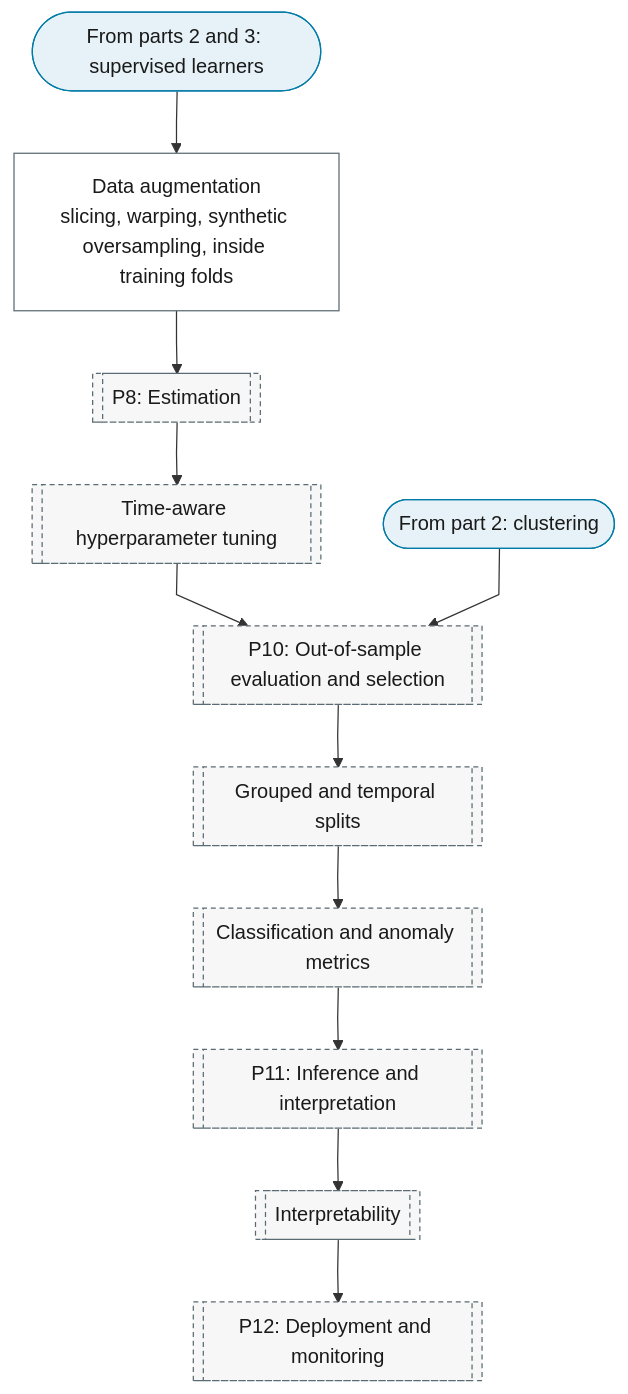
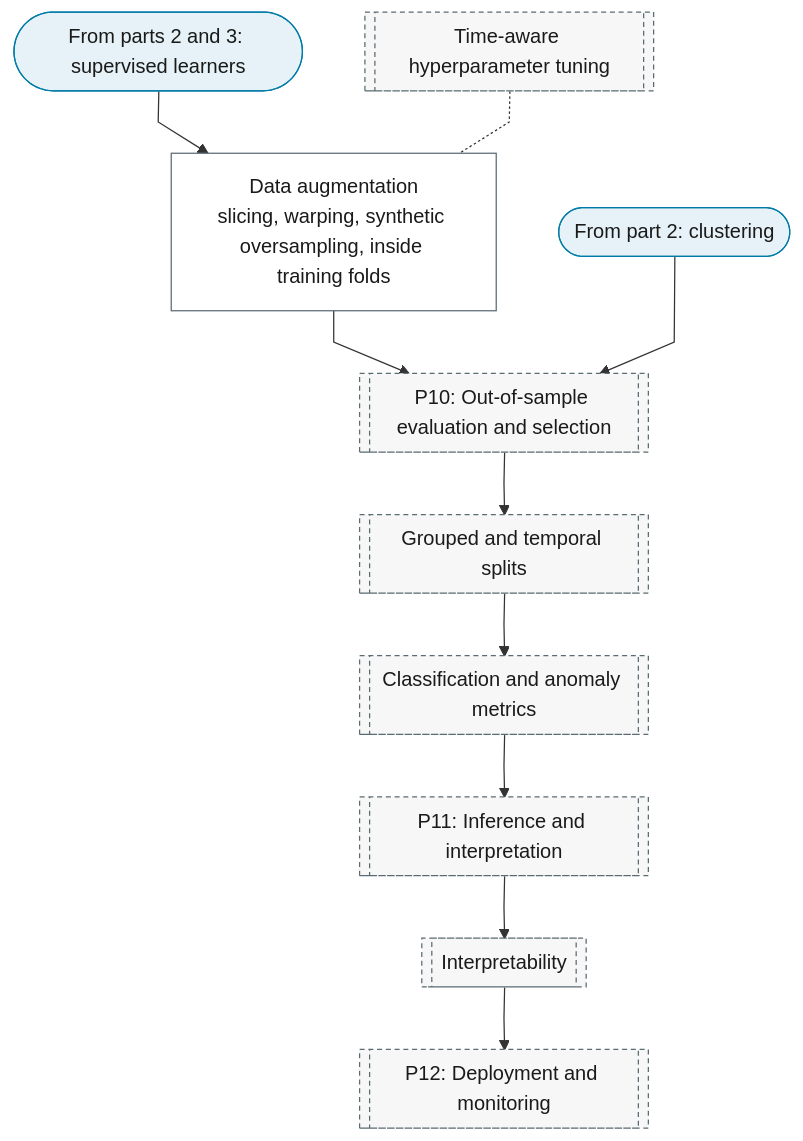
The fourth of 4 diagrams in docs/01-workflow/p00-purpose/07-feature-extraction-classification.md (Shuxin-Y/time-series-analysis-manual), drawn with Mermaid before and after one commit. The commit also changed 6 other files, not shown here.

First line of the commit message:
feat(master): why-this-order table; purpose charts keep the spine order

````diff
--- a/docs/01-workflow/p00-purpose/07-feature-extraction-classification.md
+++ b/docs/01-workflow/p00-purpose/07-feature-extraction-classification.md
@@ -94,25 +94,24 @@
 ```mermaid
 %%{init: {"flowchart": {"curve": "linear"}}}%%
 graph TD
     P0_FE_PART_4_IN(["From parts 2 and 3: supervised learners"]) --> P0_FE_AUGMENTATION["Data augmentation<br/>slicing, warping, synthetic oversampling, inside training folds"]
-    P0_FE_AUGMENTATION --> P8[["P8: Estimation"]]
-    P8 --> P8_HYPERPARAMETERS[["Time-aware hyperparameter tuning"]]
-    P8_HYPERPARAMETERS --> P10[["P10: Out-of-sample evaluation and selection"]]
+    P0_FE_AUGMENTATION --> P10[["P10: Out-of-sample evaluation and selection"]]
+    P8_HYPERPARAMETERS[["Time-aware hyperparameter tuning"]] -.- P0_FE_AUGMENTATION
     P0_FE_CLUSTER_IN(["From part 2: clustering"]) --> P10
     P10 --> P10_GROUPED_SPLITS[["Grouped and temporal splits"]]
     P10_GROUPED_SPLITS --> P10_CLASSIFICATION_METRICS[["Classification and anomaly metrics"]]
     P10_CLASSIFICATION_METRICS --> P11[["P11: Inference and interpretation"]]
     P11 --> P11_INTERPRETABILITY[["Interpretability"]]
     P11_INTERPRETABILITY --> P12[["P12: Deployment and monitoring"]]
     class P0_FE_PART_4_IN,P0_FE_CLUSTER_IN terminator
     class P0_FE_AUGMENTATION process
-    class P8,P8_HYPERPARAMETERS,P10,P10_GROUPED_SPLITS,P10_CLASSIFICATION_METRICS,P11,P11_INTERPRETABILITY,P12 ref
+    class P8_HYPERPARAMETERS,P10,P10_GROUPED_SPLITS,P10_CLASSIFICATION_METRICS,P11,P11_INTERPRETABILITY,P12 ref
     classDef terminator fill:#E6F2F7,stroke:#007BA7,color:#1A1A1A;
     classDef process fill:#FFFFFF,stroke:#5A6B73,color:#1A1A1A;
     classDef decision fill:#EFE7F0,stroke:#9B7FA7,color:#1A1A1A;
     classDef data fill:#FFF4E0,stroke:#C9A55E,color:#1A1A1A;
     classDef good fill:#DCEFD8,stroke:#4A7A3F,color:#1A1A1A;
     classDef escalate fill:#FFE9C2,stroke:#C9A55E,color:#1A1A1A;
     classDef problem fill:#F2D9DE,stroke:#800020,color:#1A1A1A;
     classDef ref fill:#F7F7F7,stroke:#5A6B73,color:#1A1A1A,stroke-dasharray:4 3;
 ```
````
